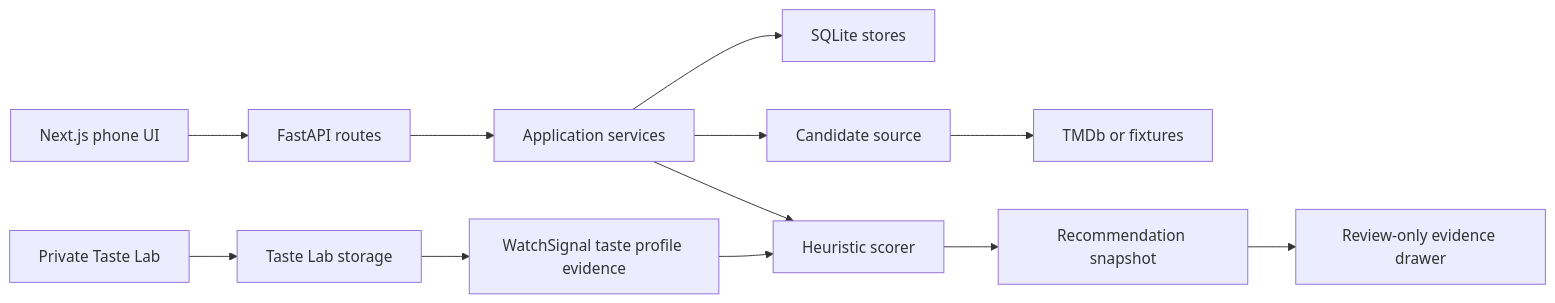
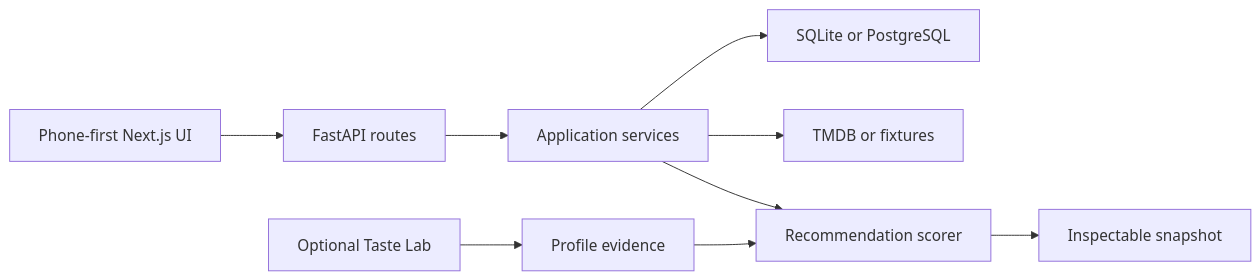
Before and after one commit to czzzry/watchsignal: the diagram in README.md, drawn with Mermaid. The commit also changed other lines of this file and 14 other files, not shown here.

First line of the commit message:
Make the public WatchSignal experience easier to explore (#145)

````diff
--- a/README.md
+++ b/README.md
@@ -81,14 +108,11 @@
 ```mermaid
 flowchart LR
-    A[Next.js phone UI] --> B[FastAPI routes]
+    A[Phone-first Next.js UI] --> B[FastAPI routes]
     B --> C[Application services]
-    C --> D[SQLite stores]
-    C --> E[Candidate source]
-    E --> F[TMDb or fixtures]
-    C --> G[Heuristic scorer]
-    H[Private Taste Lab] --> I[Taste Lab storage]
-    I --> J[WatchSignal taste profile evidence]
-    J --> G
-    G --> K[Recommendation snapshot]
-    K --> L[Review-only evidence drawer]
+    C --> D[SQLite or PostgreSQL]
+    C --> E[TMDB or fixtures]
+    C --> F[Recommendation scorer]
+    G[Optional Taste Lab] --> H[Profile evidence]
+    H --> F
+    F --> I[Inspectable snapshot]
 ```
````
